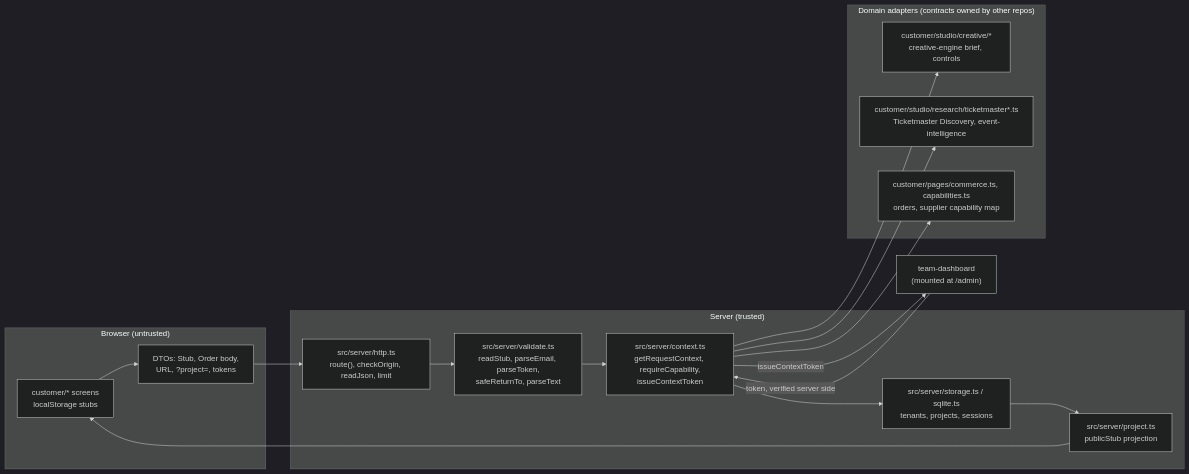
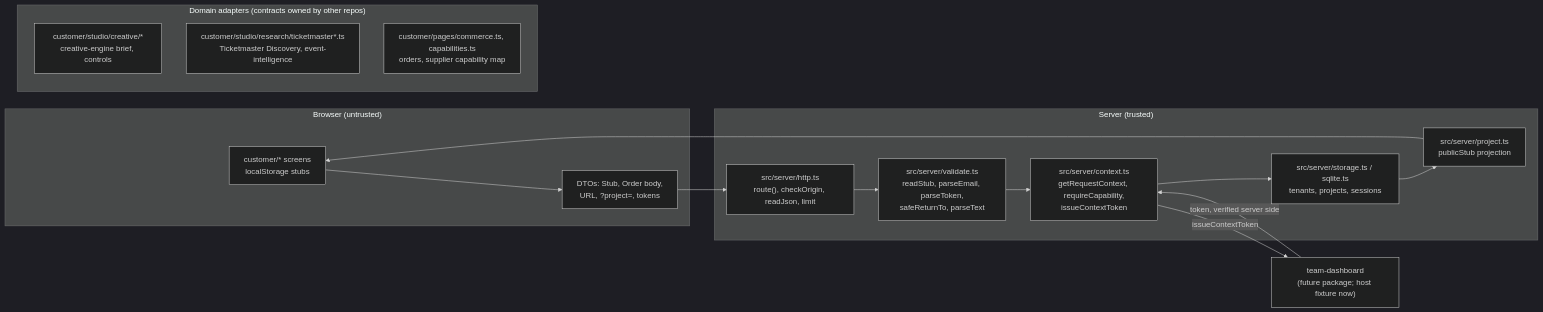
One commit to Jevelopers-neatHack-2026/Jevelopers-GetTicketStub.com-Submission changed the diagram in docs/architecture/boundaries.md. Above: the diagram before and after it, drawn with Mermaid (dark theme). The commit also changed other lines of this file and 17 other files, not shown here.

Commit message:
docs: reconcile architecture, security boundaries, and HTTP API

````diff
--- a/docs/architecture/boundaries.md
+++ b/docs/architecture/boundaries.md
@@ -5,29 +5,26 @@
 ```mermaid
 flowchart LR
   subgraph Browser["Browser (untrusted)"]
     UI["customer/* screens<br/>localStorage stubs"]
     DTO["DTOs: Stub, Order body,<br/>URL, ?project=, tokens"]
   end
   subgraph Server["Server (trusted)"]
     HTTP["src/server/http.ts<br/>route(), checkOrigin, readJson, limit"]
     VAL["src/server/validate.ts<br/>readStub, parseEmail, parseToken,<br/>safeReturnTo, parseText"]
     CTX["src/server/context.ts<br/>getRequestContext, requireCapability,<br/>issueContextToken"]
     ST["src/server/storage.ts / sqlite.ts<br/>tenants, projects, sessions"]
     PRJ["src/server/project.ts<br/>publicStub projection"]
   end
   subgraph Adapters["Domain adapters (contracts owned by other repos)"]
     CRE["customer/studio/creative/*<br/>creative-engine brief, controls"]
     TM["customer/studio/research/ticketmaster*.ts<br/>Ticketmaster Discovery, event-intelligence"]
     COM["customer/pages/commerce.ts, capabilities.ts<br/>orders, supplier capability map"]
   end
-  DASH["team-dashboard<br/>(mounted at /admin)"]
+  DASH["team-dashboard<br/>(future package; host fixture now)"]
 
   UI --> DTO --> HTTP --> VAL --> CTX
   CTX --> ST
   ST --> PRJ --> UI
   CTX -- "issueContextToken" --> DASH
   DASH -- "token, verified server side" --> CTX
-  CTX --> CRE
-  CTX --> TM
-  CTX --> COM
 ```
````
